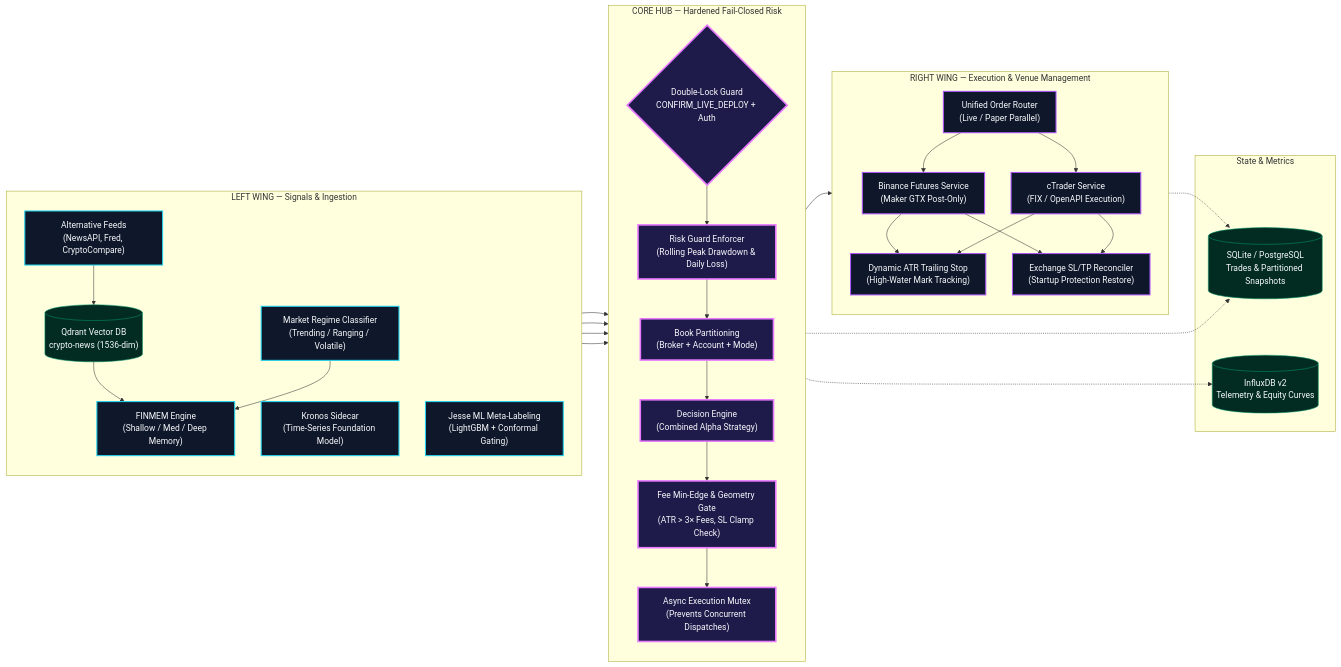
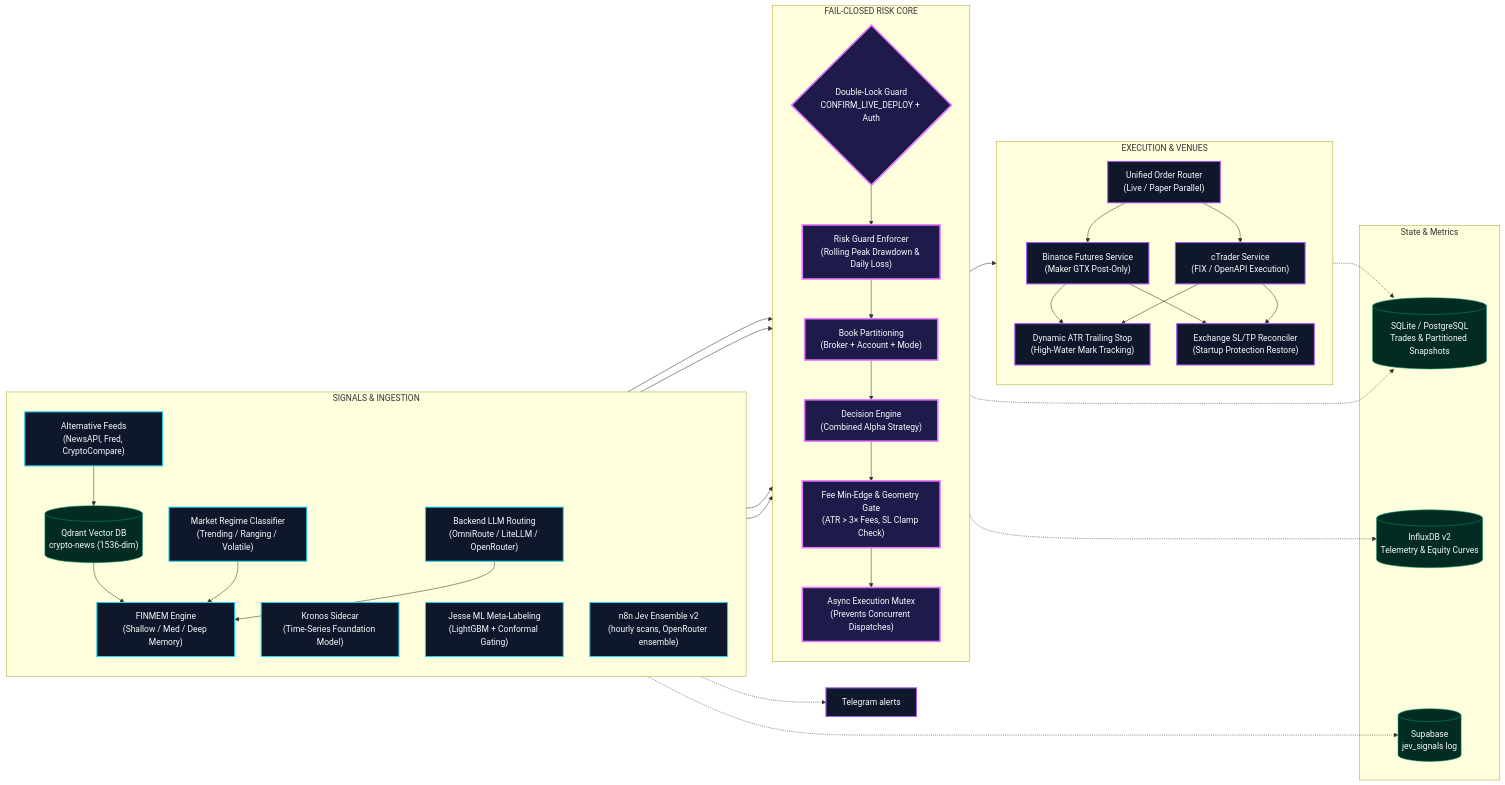
The diagram in README.md (inimene84/ai-trading-platform), drawn with Mermaid before and after one commit. The commit also changed other lines of this file and 6 other files, not shown here.

First line of the commit message:
docs(readme): real dashboard screenshots, Mermaid architecture, Jev signal-gate chart (#117)

````diff
--- a/README.md
+++ b/README.md
@@ -42,68 +42,76 @@
 ```mermaid
 flowchart LR
     classDef leftWing fill:#0f172a,stroke:#22d3ee,stroke-width:2px,color:#f8fafc;
     classDef centerCore fill:#1e1b4b,stroke:#e879ff,stroke-width:3px,color:#f8fafc;
     classDef rightWing fill:#0f172a,stroke:#a855f7,stroke-width:2px,color:#f8fafc;
     classDef storage fill:#022c22,stroke:#059669,stroke-width:1px,color:#f8fafc;
 
-    subgraph LeftWing["LEFT WING — Signals & Ingestion"]
+    subgraph LeftWing["SIGNALS & INGESTION"]
         direction TB
         NEWS["Alternative Feeds<br/>(NewsAPI, Fred, CryptoCompare)"]:::leftWing
         QD_NEWS[("Qdrant Vector DB<br/>crypto-news (1536-dim)")]:::storage
         FINMEM["FINMEM Engine<br/>(Shallow / Med / Deep Memory)"]:::leftWing
         REGIME["Market Regime Classifier<br/>(Trending / Ranging / Volatile)"]:::leftWing
         KRONOS["Kronos Sidecar<br/>(Time-Series Foundation Model)"]:::leftWing
         JESSE_ML["Jesse ML Meta-Labeling<br/>(LightGBM + Conformal Gating)"]:::leftWing
 
+        JEV["n8n Jev Ensemble v2<br/>(hourly scans, OpenRouter ensemble)"]:::leftWing
+        LLM["Backend LLM Routing<br/>(OmniRoute / LiteLLM / OpenRouter)"]:::leftWing
+
         NEWS --> QD_NEWS
         QD_NEWS --> FINMEM
         REGIME --> FINMEM
+        LLM --> FINMEM
     end
 
-    subgraph CenterCore["CORE HUB — Hardened Fail-Closed Risk"]
+    subgraph CenterCore["FAIL-CLOSED RISK CORE"]
         direction TB
         LIVE_GATE{"Double-Lock Guard<br/>CONFIRM_LIVE_DEPLOY + Auth"}:::centerCore
         RISK_GUARD["Risk Guard Enforcer<br/>(Rolling Peak Drawdown & Daily Loss)"]:::centerCore
         BOOK_PART["Book Partitioning<br/>(Broker + Account + Mode)"]:::centerCore
         DECISION["Decision Engine<br/>(Combined Alpha Strategy)"]:::centerCore
         MIN_EDGE["Fee Min-Edge & Geometry Gate<br/>(ATR > 3× Fees, SL Clamp Check)"]:::centerCore
         EXEC_LOCK["Async Execution Mutex<br/>(Prevents Concurrent Dispatches)"]:::centerCore
 
         LIVE_GATE --> RISK_GUARD
         RISK_GUARD --> BOOK_PART
         BOOK_PART --> DECISION
         DECISION --> MIN_EDGE
         MIN_EDGE --> EXEC_LOCK
     end
 
-    subgraph RightWing["RIGHT WING — Execution & Venue Management"]
+    subgraph RightWing["EXECUTION & VENUES"]
         direction TB
         ROUTER["Unified Order Router<br/>(Live / Paper Parallel)"]:::rightWing
         BINANCE["Binance Futures Service<br/>(Maker GTX Post-Only)"]:::rightWing
         CTRADER["cTrader Service<br/>(FIX / OpenAPI Execution)"]:::rightWing
         ATR_TRAIL["Dynamic ATR Trailing Stop<br/>(High-Water Mark Tracking)"]:::rightWing
         RECON["Exchange SL/TP Reconciler<br/>(Startup Protection Restore)"]:::rightWing
 
         ROUTER --> BINANCE
         ROUTER --> CTRADER
         BINANCE --> ATR_TRAIL
         CTRADER --> ATR_TRAIL
         BINANCE --> RECON
         CTRADER --> RECON
     end
 
     JESSE_ML --> DECISION
     KRONOS --> DECISION
     FINMEM --> DECISION
     REGIME --> DECISION
     EXEC_LOCK --> ROUTER
 
     subgraph Persistence["State & Metrics"]
         SQL[(SQLite / PostgreSQL<br/>Trades & Partitioned Snapshots)]:::storage
         INFLUX[(InfluxDB v2<br/>Telemetry & Equity Curves)]:::storage
+        SUPA[(Supabase<br/>jev_signals log)]:::storage
     end
+
+    JEV -.-> SUPA
+    JEV -.-> TG["Telegram alerts"]:::rightWing
 
     BOOK_PART -.-> SQL
     ROUTER -.-> SQL
     RISK_GUARD -.-> INFLUX
 ```
````
